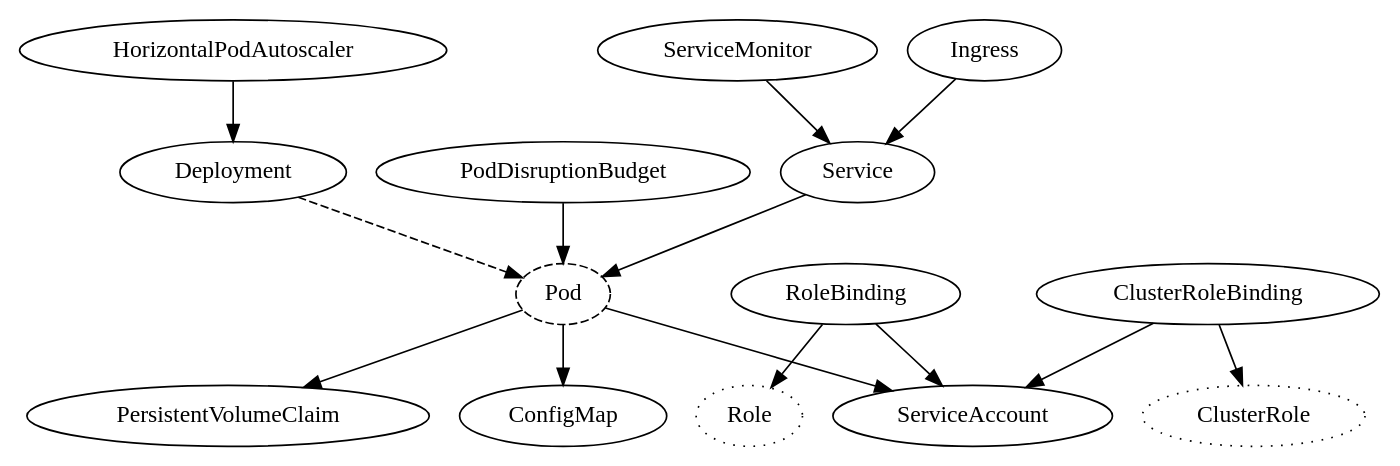
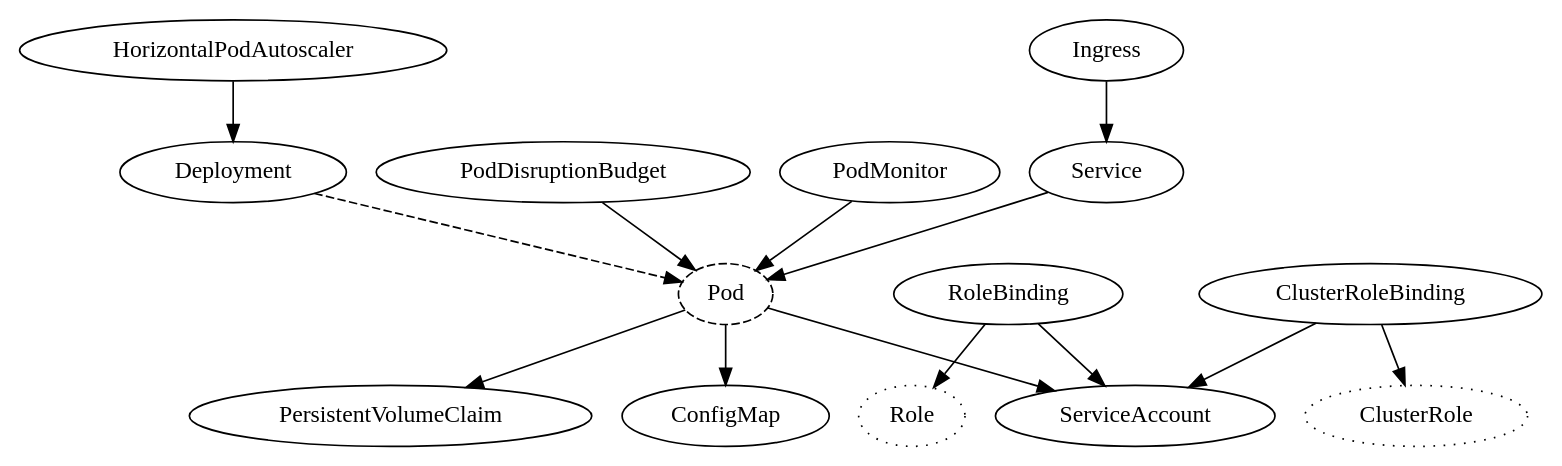
The diagram in charts/generic-service/docs/resources.dot (nano-byte/helm-charts), drawn with Graphviz before and after one commit. The commit also changed 4 other files, not shown here.

Commit message:
Switched from Prometheus ServiceMonitor to PodMonitor

```diff
--- a/charts/generic-service/docs/resources.dot
+++ b/charts/generic-service/docs/resources.dot
@@ -1,13 +1,14 @@
 digraph {
     HorizontalPodAutoscaler -> Deployment;
     Deployment -> Pod [style=dashed];
     PodDisruptionBudget -> Pod;
-    {Ingress ServiceMonitor} -> Service -> Pod;
+    PodMonitor -> Pod;
+    Ingress -> Service -> Pod;
     Pod -> {ConfigMap PersistentVolumeClaim ServiceAccount};
     RoleBinding -> {ServiceAccount Role};
     ClusterRoleBinding -> {ServiceAccount ClusterRole};
 
     Pod [style=dashed];
     Role [style=dotted];
     ClusterRole [style=dotted];
 }
```
